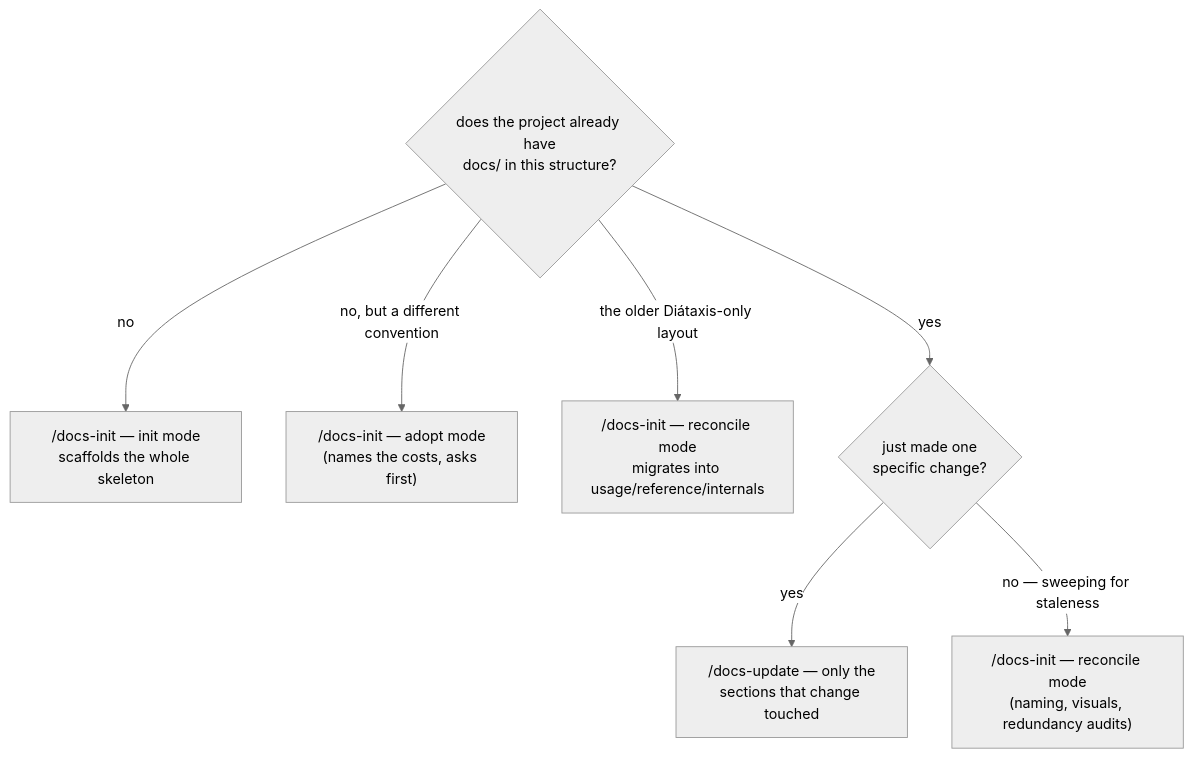
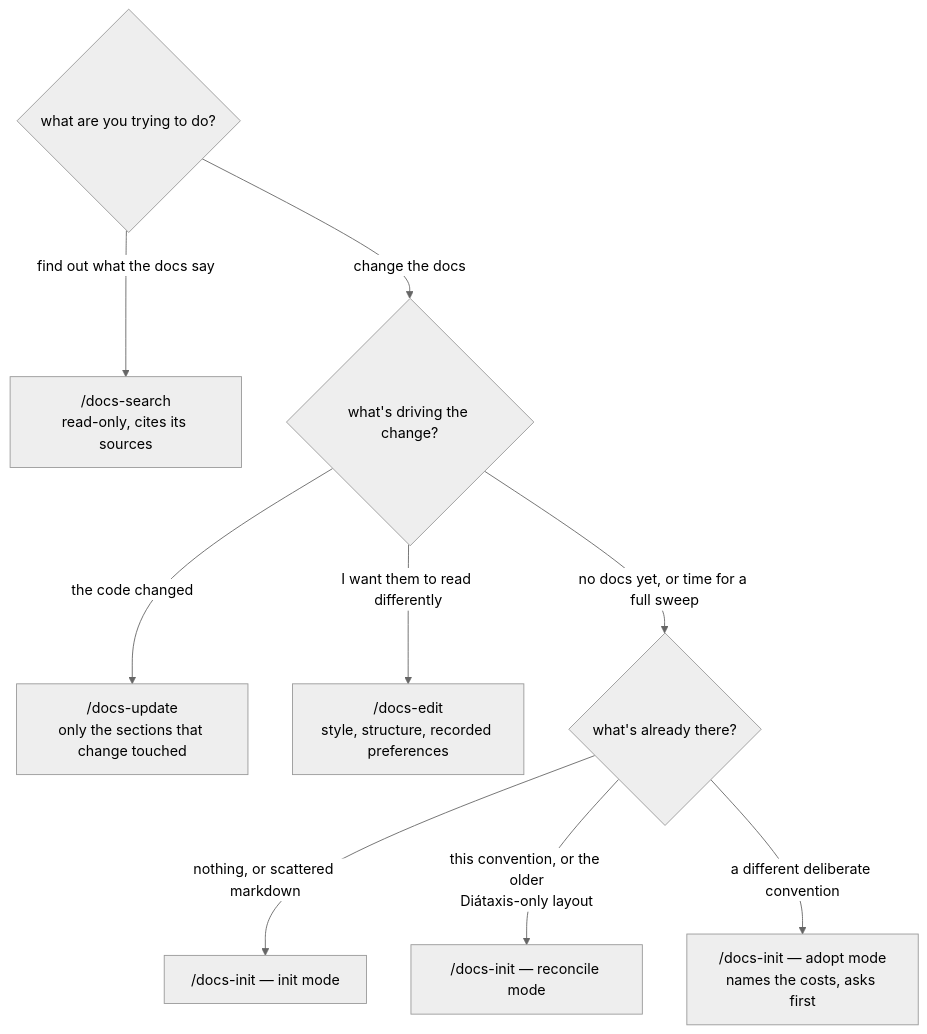
The diagram in docs/usage/documenting-a-project.md (cypiswhywhy/docschemy), drawn with Mermaid (neutral theme) before and after one commit. The commit also changed other lines of this file and 13 other files, not shown here.

Commit message:
new skills: docs-search and docs-edit

````diff
--- a/docs/usage/documenting-a-project.md
+++ b/docs/usage/documenting-a-project.md
@@ -14,9 +16,11 @@
 ```mermaid
 flowchart TD
-    A{"does the project already have<br/>docs/ in this structure?"} -->|no| B["/docs-init — init mode<br/>scaffolds the whole skeleton"]
-    A -->|"no, but a different convention"| C["/docs-init — adopt mode<br/>(names the costs, asks first)"]
-    A -->|"the older Diátaxis-only layout"| G["/docs-init — reconcile mode<br/>migrates into usage/reference/internals"]
-    A -->|yes| D{"just made one<br/>specific change?"}
-    D -->|yes| E["/docs-update — only the<br/>sections that change touched"]
-    D -->|"no — sweeping for staleness"| F["/docs-init — reconcile mode<br/>(naming, visuals, redundancy audits)"]
+    Q{"what are you trying to do?"} -->|"find out what the docs say"| S["/docs-search<br/>read-only, cites its sources"]
+    Q -->|"change the docs"| C{"what's driving the change?"}
+    C -->|"the code changed"| U["/docs-update<br/>only the sections that change touched"]
+    C -->|"I want them to read differently"| E["/docs-edit<br/>style, structure, recorded preferences"]
+    C -->|"no docs yet, or time for a full sweep"| A{"what's already there?"}
+    A -->|"nothing, or scattered markdown"| I1["/docs-init — init mode"]
+    A -->|"this convention, or the older<br/>Diátaxis-only layout"| I2["/docs-init — reconcile mode"]
+    A -->|"a different deliberate convention"| I3["/docs-init — adopt mode<br/>names the costs, asks first"]
 ```
````
